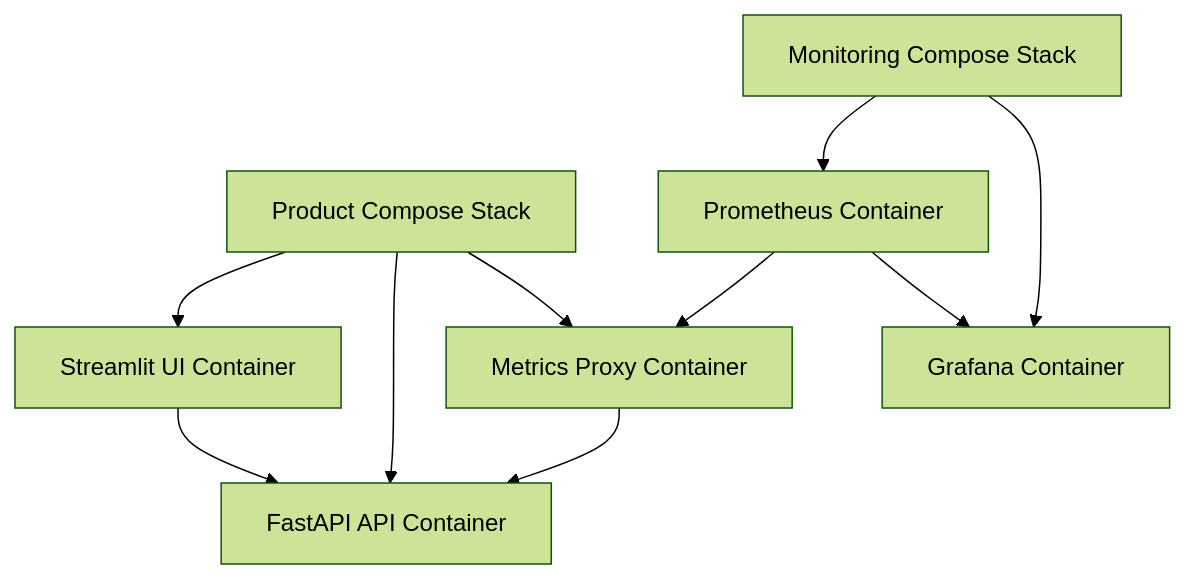
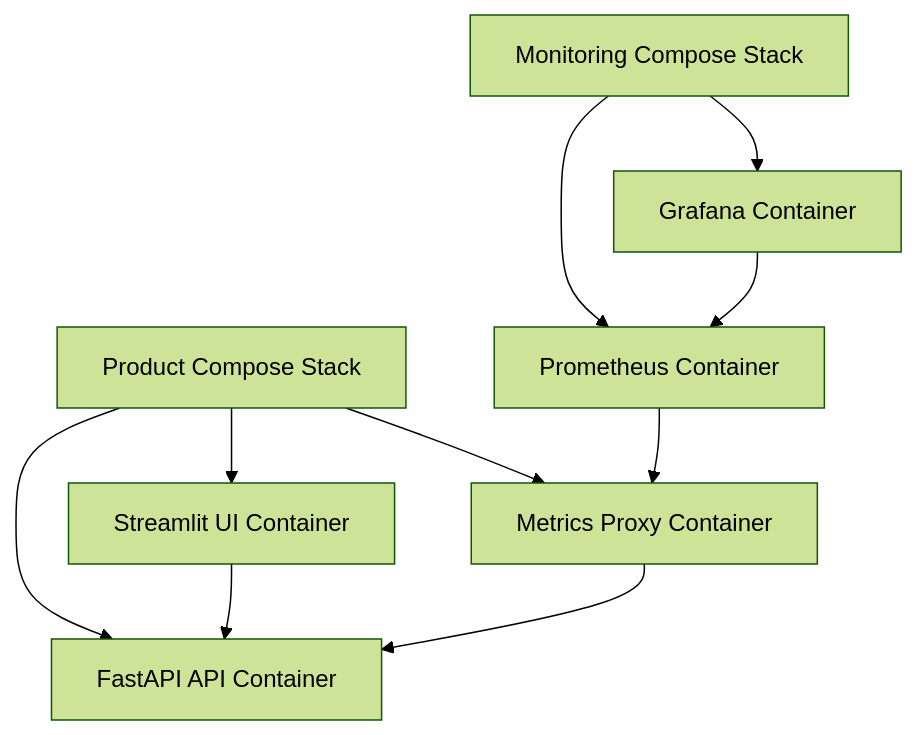
One commit to sepantakamali/E2EPRAIIP changed the fourth of 4 diagrams in README.md. Above: the diagram before and after it, drawn with Mermaid (forest theme). The commit also changed other lines of this file, not shown here.

````diff
--- a/README.md
+++ b/README.md
@@ -86,14 +86,14 @@
 ```mermaid
 flowchart TD
     ProductCompose[Product Compose Stack] --> UI[Streamlit UI Container]
     ProductCompose --> API[FastAPI API Container]
     ProductCompose --> Proxy[Metrics Proxy Container]
 
     MonitorCompose[Monitoring Compose Stack] --> Prometheus[Prometheus Container]
     MonitorCompose --> Grafana[Grafana Container]
 
     UI --> API
     Prometheus --> Proxy
     Proxy --> API
-    Prometheus --> Grafana
+    Grafana --> Prometheus
 ```
````
